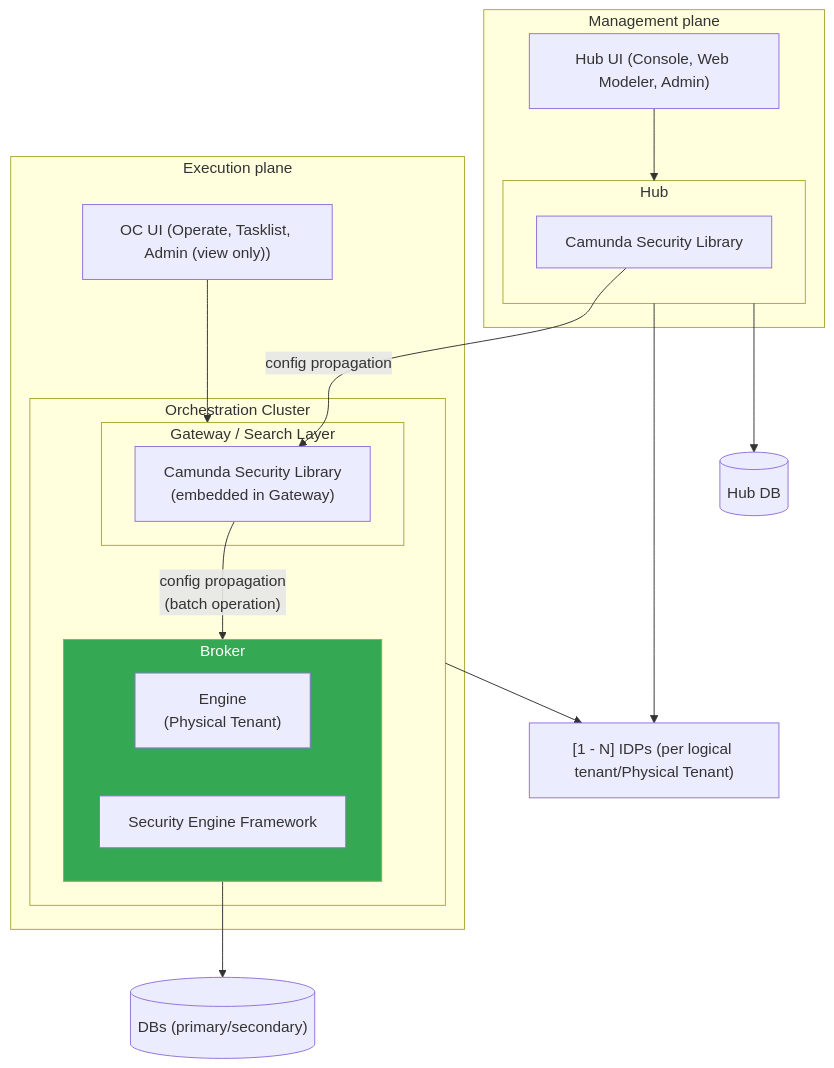
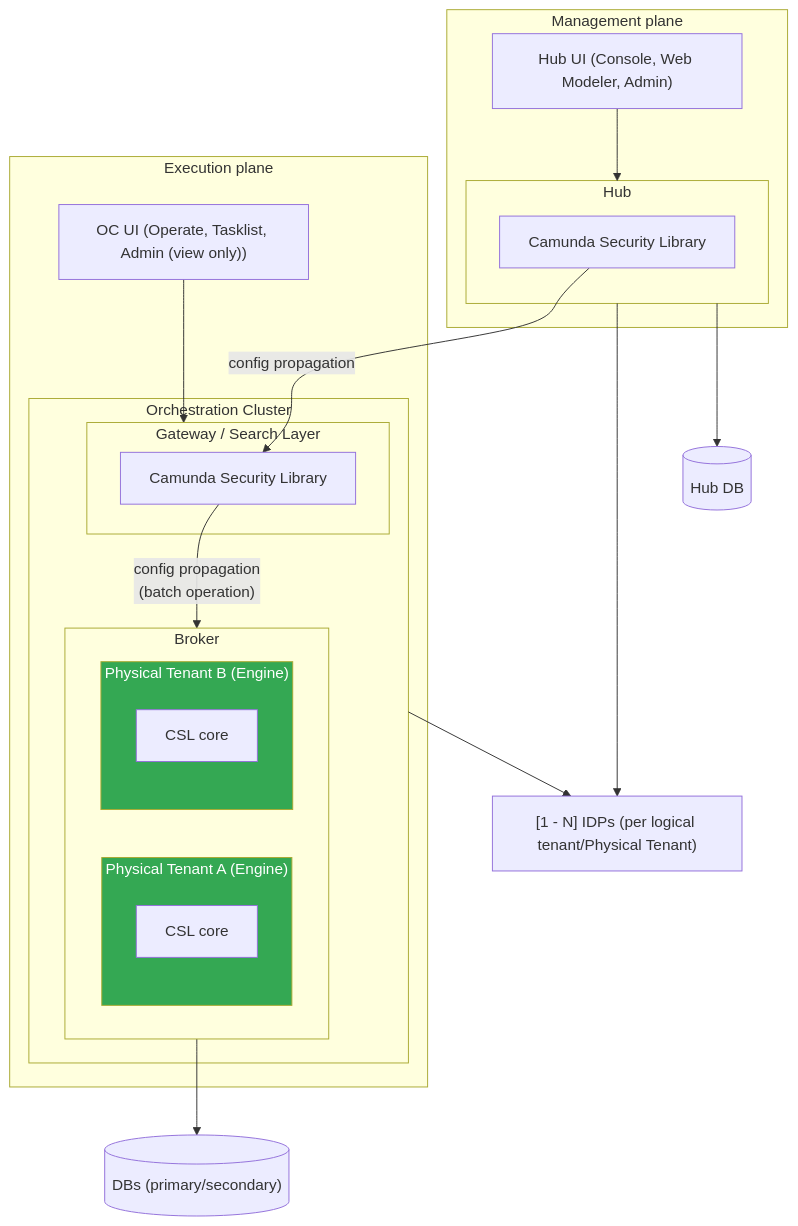
Before and after one commit to camunda/camunda-security-library: the first of 8 diagrams in docs/architecture/05-building-block-view.md, drawn with Mermaid. The commit also changed other lines of this file and 24 other files, not shown here.

First line of the commit message:
docs(architecture): describe post-8.10 rollout state and retire the Security Engine Framework

````diff
--- a/docs/architecture/05-building-block-view.md
+++ b/docs/architecture/05-building-block-view.md
@@ -15,42 +15,47 @@
 ```mermaid
 flowchart TB
   subgraph Mgmt["Management plane"]
     HubUi["Hub UI (Console, Web Modeler, Admin)"]
 
     subgraph Hub["Hub"]
       SecGatHub["Camunda Security Library"]
     end
 
     HubUi --> Hub
   end
 
   subgraph Execution["Execution plane"]
     OcUi["OC UI (Operate, Tasklist, Admin (view only))"]
 
     subgraph OC["Orchestration Cluster"]
       subgraph GatewayLayer["Gateway / Search Layer"]
-        SecGatOC["Camunda Security Library</br>(embedded in Gateway)"]
+        SecGatOC["Camunda Security Library"]
       end
 
       subgraph Broker["Broker"]
-        Engine["Engine</br>(Physical Tenant)"]
-        SecEngFrame["Security Engine Framework"]
+        subgraph PtA["Physical Tenant A (Engine)"]
+          CslCoreA["CSL core"]
+        end
+        subgraph PtB["Physical Tenant B (Engine)"]
+          CslCoreB["CSL core"]
+        end
       end
 
       SecGatOC -->|"config propagation</br>(batch operation)"| Broker
     end
 
     OcUi --> GatewayLayer
   end
 
   IdPs["[1 - N] IDPs (per logical tenant/Physical Tenant)"]
   DBs[("DBs (primary/secondary)")]
   HubDb[("Hub DB")]
 
   SecGatHub -->|"config propagation"| SecGatOC
   Broker --> DBs
   OC & Hub --> IdPs
   Hub --> HubDb
 
-  style Broker fill:#34a853,color:#fff
+  style PtA fill:#34a853,color:#fff
+  style PtB fill:#34a853,color:#fff
 ```
````
